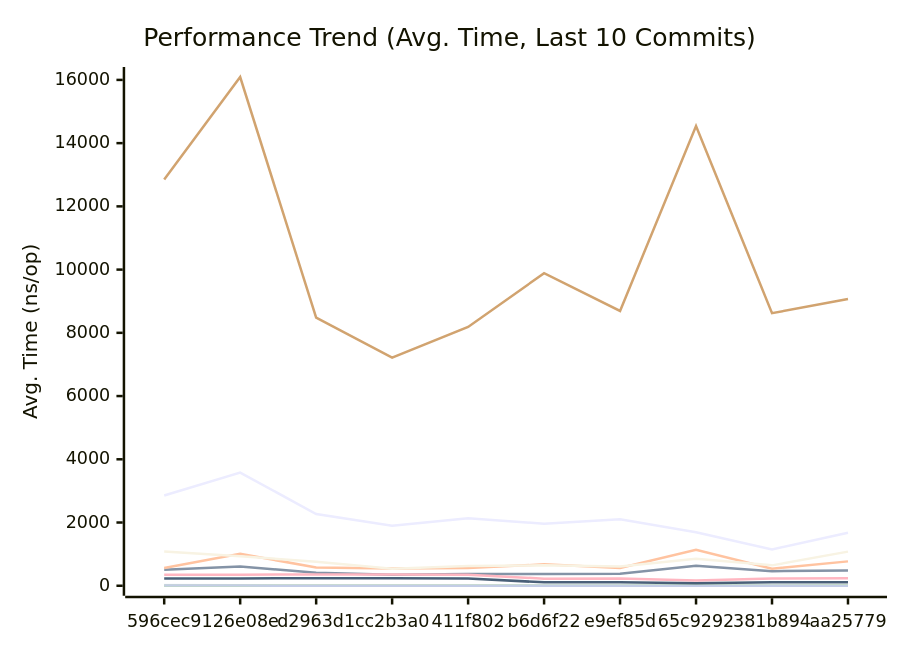
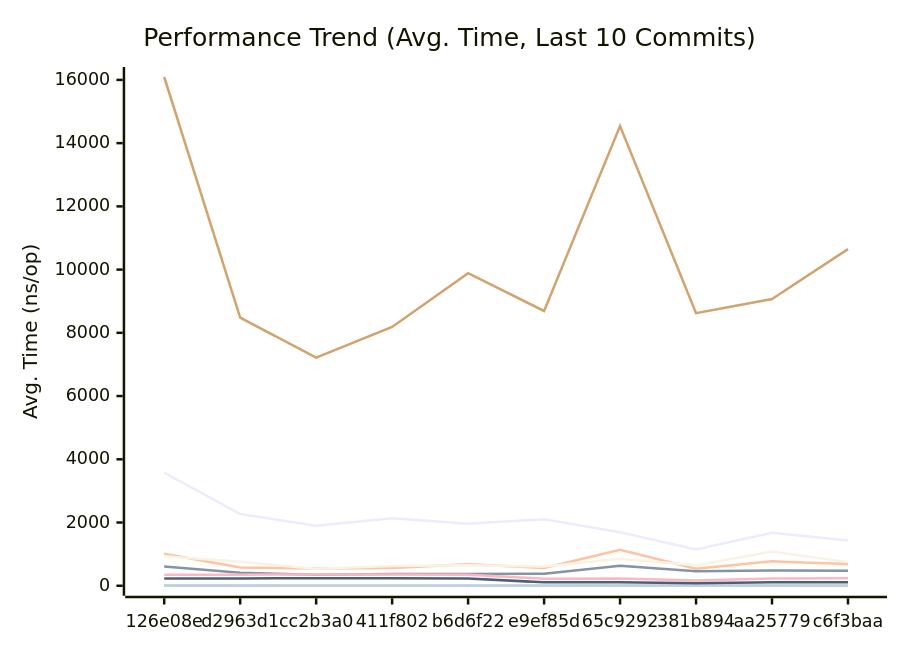
One commit to alsotoes/momo changed the first of 3 diagrams in docs/PERFORMANCE.md. Above: the diagram before and after it, drawn with Mermaid. The commit also changed other lines of this file and 3 other files, not shown here.

````diff
--- a/docs/PERFORMANCE.md
+++ b/docs/PERFORMANCE.md
@@ -128,18 +128,18 @@
 ```mermaid
 xychart-beta
     title "Performance Trend (Avg. Time, Last 10 Commits)"
     x-axis "Commit"
     y-axis "Avg. Time (ns/op)"
-    x-axis [596cec9,126e08e,d2963d1,cc2b3a0,411f802,b6d6f22,e9ef85d,65c9292,381b894,aa25779]
-    line "CheckMetricsAndSwap" [22,17,13,11,11,9,9,14,13,17]
-    line "CrushOptimized" [508,611,411,349,375,375,377,635,462,481]
-    line "CrushOriginal" [564,1014,574,546,560,677,563,1141,538,771]
-    line "IndexDirectTracking" [1,1,0,0,0,1,0,1,1,0]
-    line "IndexSearch" [2,3,2,2,2,2,2,4,3,4]
-    line "LoadGlobalConfig" [12850,16092,8480,7218,8185,9886,8691,14541,8623,9070]
-    line "PadString" [4,4,3,2,3,3,3,3,3,3]
+    x-axis [126e08e,d2963d1,cc2b3a0,411f802,b6d6f22,e9ef85d,65c9292,381b894,aa25779,c6f3baa]
+    line "CheckMetricsAndSwap" [17,13,11,11,9,9,14,13,17,12]
+    line "CrushOptimized" [611,411,349,375,375,377,635,462,481,472]
+    line "CrushOriginal" [1014,574,546,560,677,563,1141,538,771,688]
+    line "IndexDirectTracking" [1,0,0,0,1,0,1,1,0,1]
+    line "IndexSearch" [3,2,2,2,2,2,4,3,4,4]
+    line "LoadGlobalConfig" [16092,8480,7218,8185,9886,8691,14541,8623,9070,10649]
+    line "PadString" [4,3,2,3,3,3,3,3,3,3]
     line "ParseReplicationOrder_NoPrealloc" [350,349,357,354,345,225,229,165,232,234]
     line "ParseReplicationOrder_Prealloc" [229,231,237,234,229,108,107,80,110,109]
-    line "SanitizeLog/Safe" [1086,932,759,535,626,647,610,855,645,1080]
-    line "SanitizeLog/Unsafe" [2855,3581,2269,1896,2138,1962,2106,1691,1147,1679]
+    line "SanitizeLog/Safe" [932,759,535,626,647,610,855,645,1080,747]
+    line "SanitizeLog/Unsafe" [3581,2269,1896,2138,1962,2106,1691,1147,1679,1432]
 ```
````
